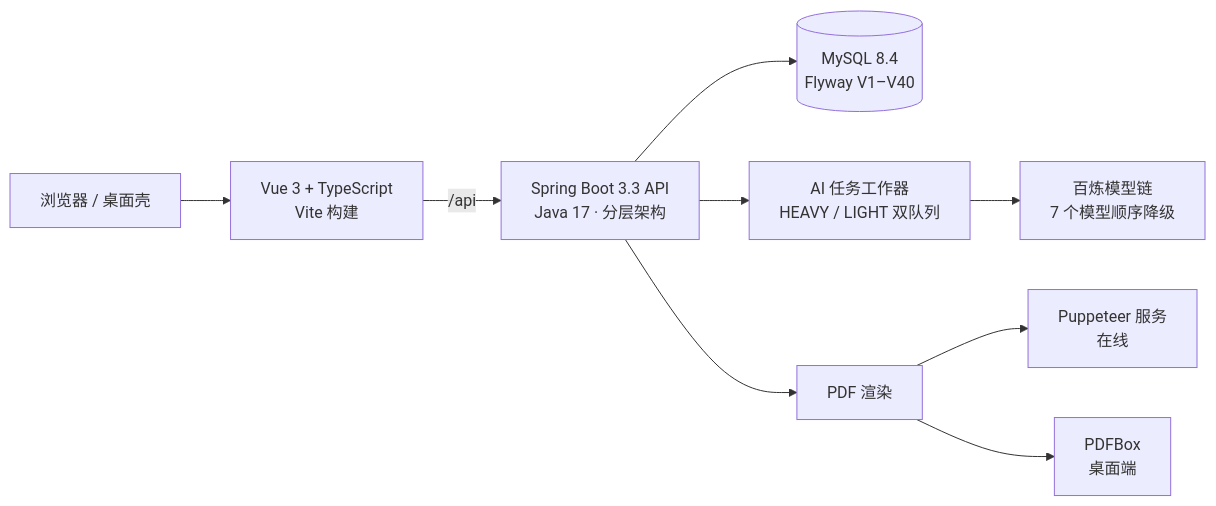
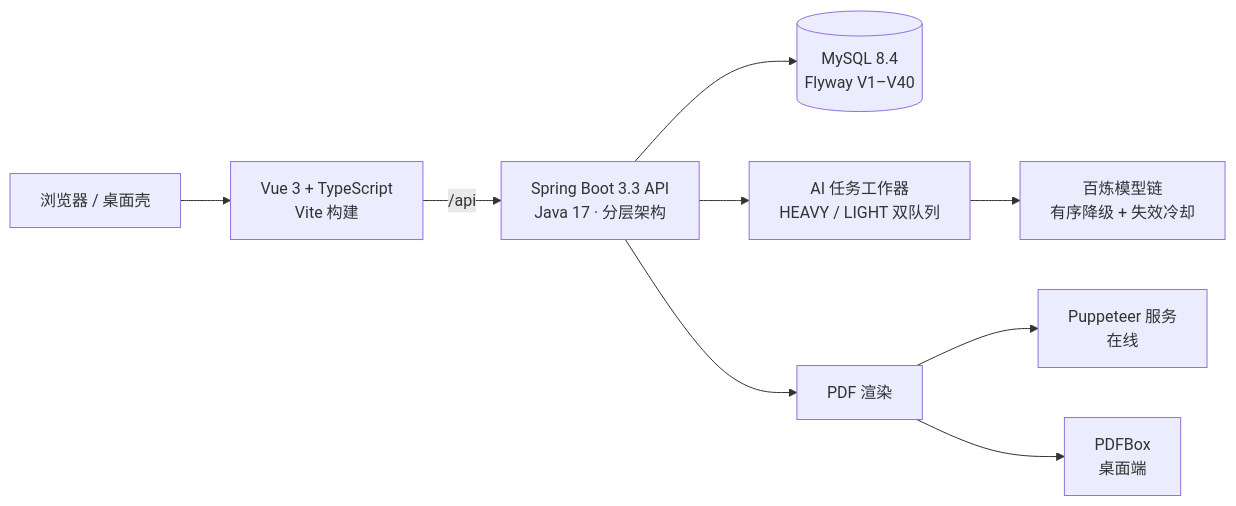
Before and after one commit to BYNekoNay/intelligent-resume-builder: the diagram in README.md, drawn with Mermaid. The commit also changed other lines of this file and 23 other files, not shown here.

````diff
--- a/README.md
+++ b/README.md
@@ -77,11 +77,11 @@
 ```mermaid
 flowchart LR
   B["浏览器 / 桌面壳"] --> W["Vue 3 + TypeScript<br/>Vite 构建"]
   W -->|"/api"| A["Spring Boot 3.3 API<br/>Java 17 · 分层架构"]
   A --> DB[("MySQL 8.4<br/>Flyway V1–V40")]
   A --> WK["AI 任务工作器<br/>HEAVY / LIGHT 双队列"]
-  WK --> LLM["百炼模型链<br/>7 个模型顺序降级"]
+  WK --> LLM["百炼模型链<br/>有序降级 + 失效冷却"]
   A --> PDF["PDF 渲染"]
   PDF --> P1["Puppeteer 服务<br/>在线"]
   PDF --> P2["PDFBox<br/>桌面端"]
 ```
````
